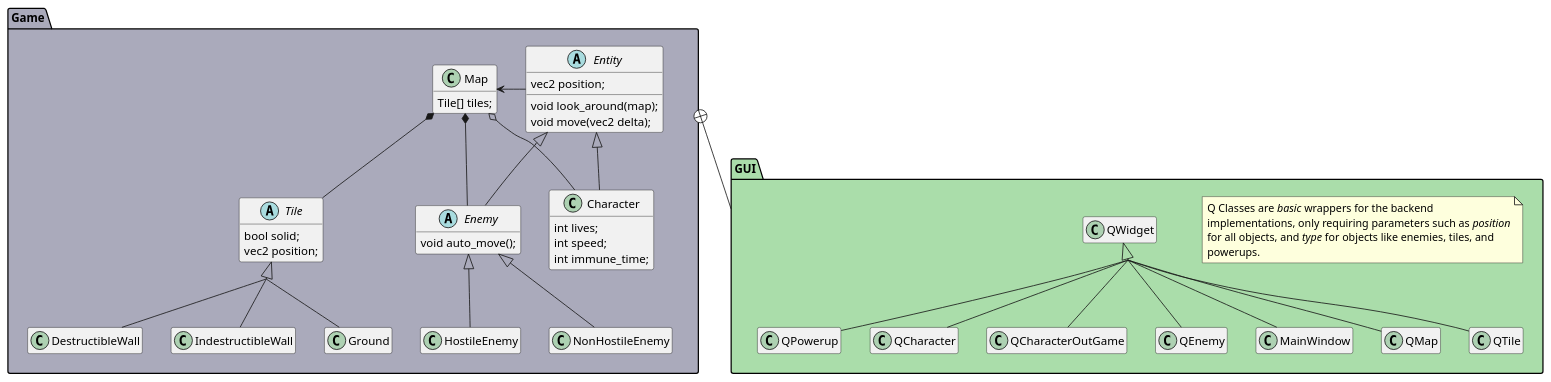
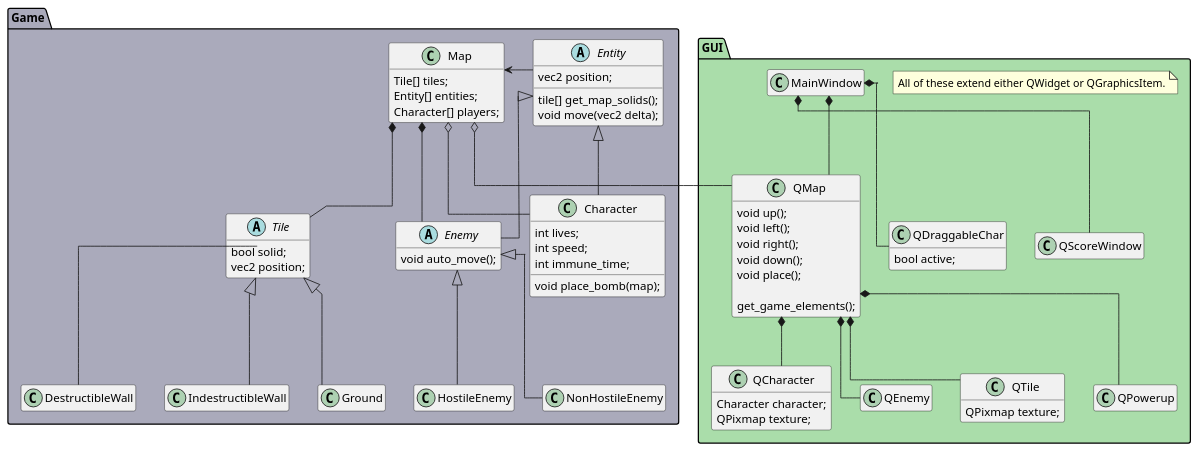
One commit to contranton/IIC2233 changed the diagram in Tareas/T05/Notes.org. Above: the diagram before and after it, drawn with PlantUML. The commit also changed 7 other files, not shown here.

```diff
--- a/Tareas/T05/Notes.org
+++ b/Tareas/T05/Notes.org
@@ -3,11 +3,14 @@
 #+BEGIN_SRC plantuml :file ClassDiagram.png
   hide empty members
-  'skinparam Linetype ortho
+  skinparam Linetype ortho
   skinparam groupInheritance 3
+  skinparam scale 0.2
 
   namespace Game #AAAABB{
       class Map{
           Tile[] tiles;
+          Entity[] entities;
+          Character[] players;
       }   
 
       abstract class Tile{
@@ -22,7 +25,7 @@
       abstract Entity{
           vec2 position;
 
-          void look_around(map);
+          tile[] get_map_solids();
           void move(vec2 delta);
       }
 
@@ -30,6 +33,8 @@
           int lives;
           int speed;
           int immune_time;
+
+          void place_bomb(map);
       }
 
       abstract class Enemy extends Entity{
@@ -61,20 +66,43 @@
   namespace GUI #AADDAA{
 
       note as N1
-      Q Classes are <i>basic</i> wrappers for the backend
-      implementations, only requiring parameters such as <i>position</i>
-      for all objects, and <i>type</i> for objects like enemies, tiles, and
-      powerups.
+      All of these extend either QWidget or QGraphicsItem.
       end note
 
-      class MainWindow extends QWidget
-      class QMap extends QWidget
-      class QTile extends QWidget
-      class QPowerup extends QWidget
-      class QCharacter extends QWidget
-      class QCharacterOutGame extends QWidget
-      class QEnemy extends QWidget
+      class MainWindow
+      class QMap{
+            void up();
+            void left();
+            void right();
+            void down();
+            void place();
+
+            get_game_elements();
+      }
+      class QTile{
+            QPixmap texture;
+      }
+      class QPowerup
+      class QCharacter{
+            Character character;
+            QPixmap texture;
+      }
+      class QDraggableChar{
+            bool active;
+      }   
+
+      QMap *-- QTile
+      QMap *-- QCharacter
+      QMap *-- QEnemy
+      QMap *-- QPowerup
+
+      MainWindow *-- QMap
+      MainWindow *-- QDraggableChar
+
+      MainWindow *-- QScoreWindow
+
   }
 
-  Game +-- GUI
+  'Game +-- GUI
+  Game.Map o-down- GUI.QMap
 #+END_SRC
```
